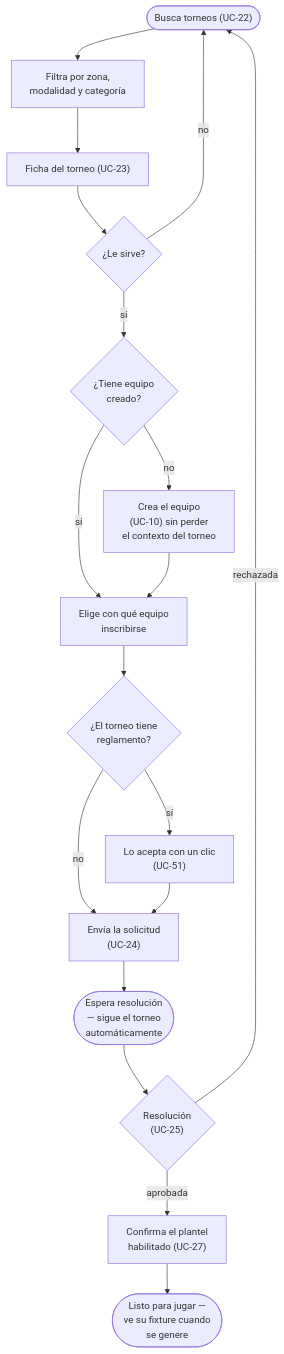
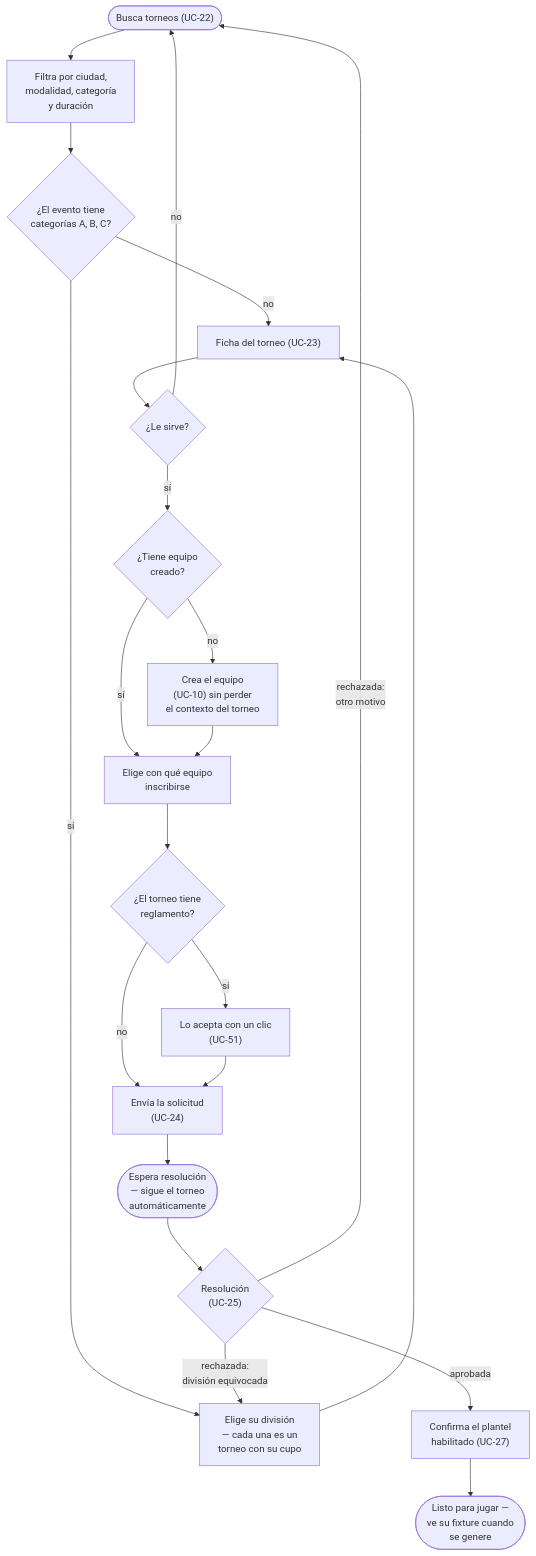
One commit to MaruGamonal/InvictosApp changed the fifth of 7 diagrams in docs/documentacion/05-flujos-ux-user-journeys.md. Above: the diagram before and after it, drawn with Mermaid. The commit also changed other lines of this file and 7 other files, not shown here.

First line of the commit message:
Sync docs/ package a revisión 17 (Certamen: torneos con varias categorías competitivas)

````diff
--- a/docs/documentacion/05-flujos-ux-user-journeys.md
+++ b/docs/documentacion/05-flujos-ux-user-journeys.md
@@ -199,20 +205,24 @@
 ```mermaid
 flowchart TB
-    A(["Busca torneos (UC-22)"]) --> B["Filtra por zona,<br/>modalidad y categoría"]
-    B --> C["Ficha del torneo (UC-23)"]
+    A(["Busca torneos (UC-22)"]) --> B["Filtra por ciudad,<br/>modalidad, categoría<br/>y duración"]
+    B --> DV{"¿El evento tiene<br/>categorías A, B, C?"}
+    DV -->|"no"| C["Ficha del torneo (UC-23)"]
+    DV -->|"sí"| DV2["Elige su división<br/>— cada una es un<br/>torneo con su cupo"]
+    DV2 --> C
     C --> D{"¿Le sirve?"}
     D -->|"no"| A
     D -->|"sí"| E{"¿Tiene equipo<br/>creado?"}
     E -->|"no"| F["Crea el equipo<br/>(UC-10) sin perder<br/>el contexto del torneo"]
     E -->|"sí"| G["Elige con qué equipo<br/>inscribirse"]
     F --> G
     G --> R{"¿El torneo tiene<br/>reglamento?"}
     R -->|"sí"| R2["Lo acepta con un clic<br/>(UC-51)"]
     R -->|"no"| H["Envía la solicitud<br/>(UC-24)"]
     R2 --> H
     H --> I(["Espera resolución<br/>— sigue el torneo<br/>automáticamente"])
     I --> J{"Resolución<br/>(UC-25)"}
     J -->|"aprobada"| K["Confirma el plantel<br/>habilitado (UC-27)"]
-    J -->|"rechazada"| A
+    J -->|"rechazada:<br/>división equivocada"| DV2
+    J -->|"rechazada:<br/>otro motivo"| A
     K --> L(["Listo para jugar —<br/>ve su fixture cuando<br/>se genere"])
 ```
````
